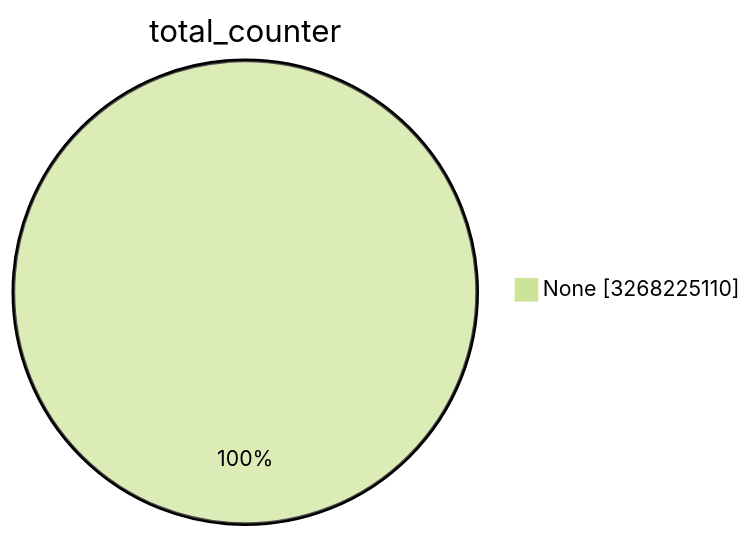
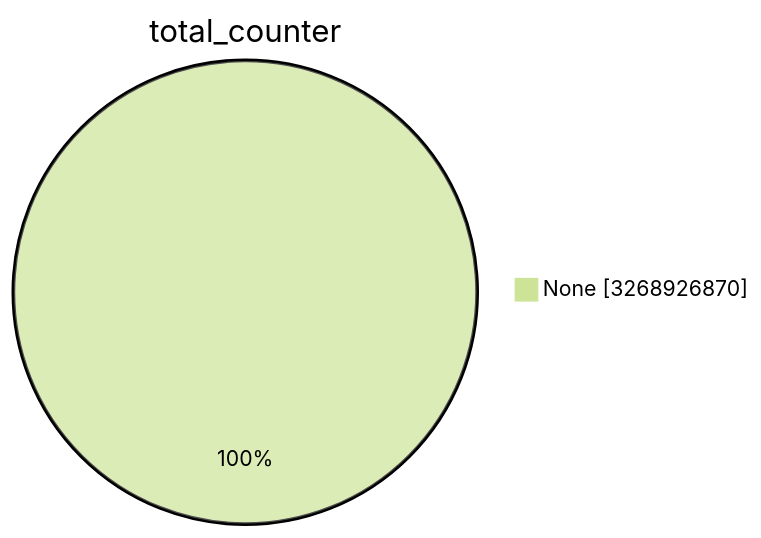
The first of 15 diagrams in TOTAL/README.md (christiankrug/ctmonitor_visualization), drawn with Mermaid (forest theme) before and after one commit. The commit also changed other lines of this file, not shown here.

````diff
--- a/TOTAL/README.md
+++ b/TOTAL/README.md
@@ -1,5 +1,5 @@
 ```mermaid
 pie showData
 title total_counter
-"None" :3268225110
+"None" :3268926870
 ```
````
